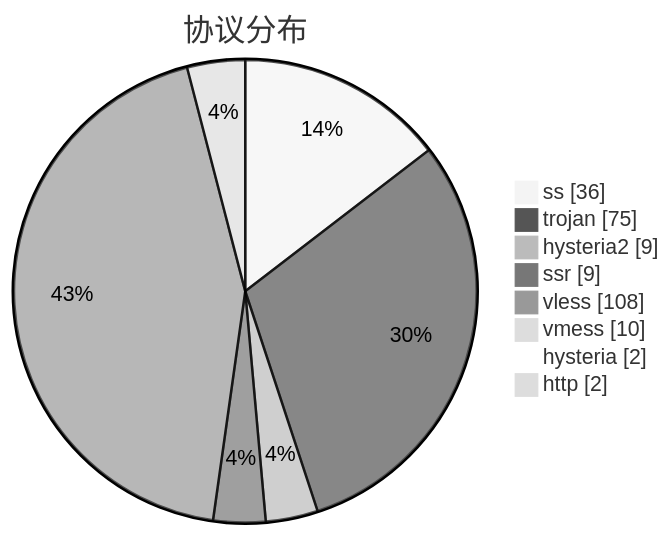
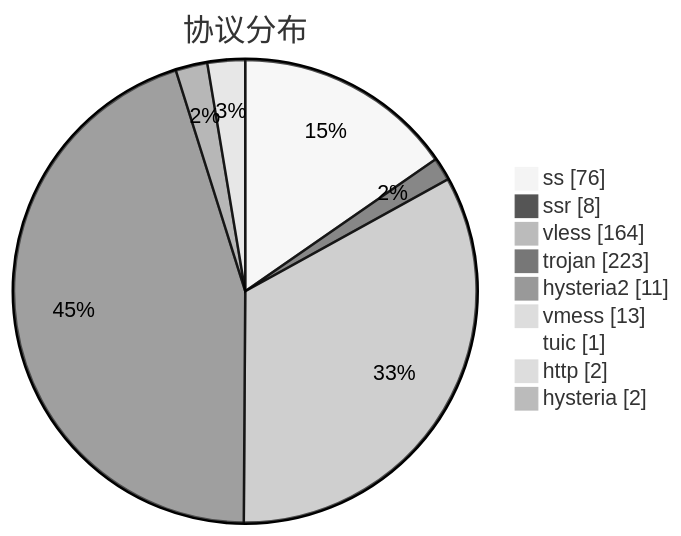
Before and after one commit to sinspired/airport: the third of 3 diagrams in subs/statistics/tested_within.md, drawn with Mermaid (neutral theme). The commit also changed other lines of this file and 2 other files, not shown here.

````diff
--- a/subs/statistics/tested_within.md
+++ b/subs/statistics/tested_within.md
@@ -37,12 +46,13 @@
 ```mermaid
 pie showData
 title 协议分布
-"ss" : 36
-"trojan" : 75
-"hysteria2" : 9
-"ssr" : 9
-"vless" : 108
-"vmess" : 10
+"ss" : 76
+"ssr" : 8
+"vless" : 164
+"trojan" : 223
+"hysteria2" : 11
+"vmess" : 13
+"tuic" : 1
+"http" : 2
 "hysteria" : 2
-"http" : 2
 ```
````
